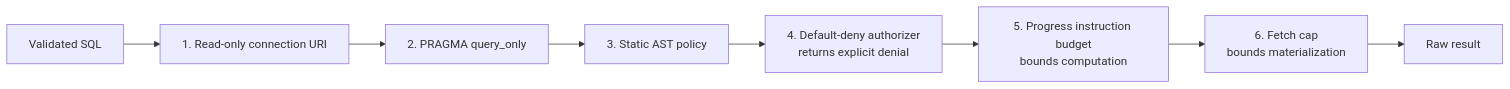
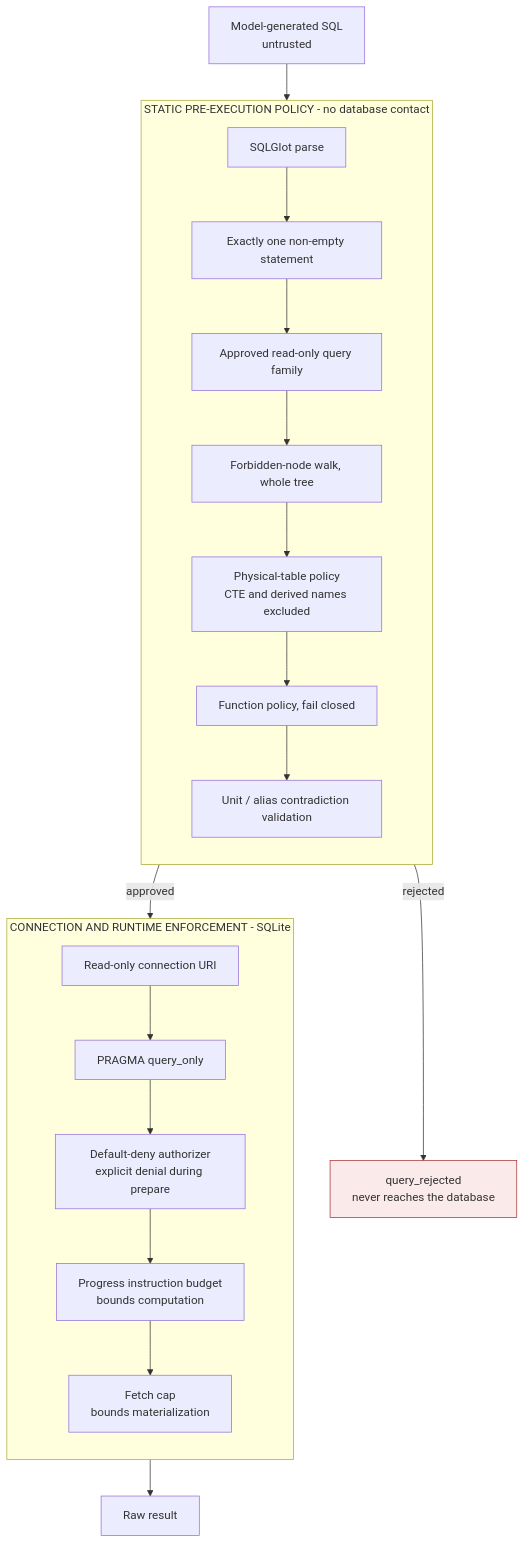
Before and after one commit to robin-raq/bse-nlq-agent: the second of 2 diagrams in docs/diagrams/request-flow.md, drawn with Mermaid. The commit also changed other lines of this file and 4 other files, not shown here.

````diff
--- a/docs/diagrams/request-flow.md
+++ b/docs/diagrams/request-flow.md
@@ -93,10 +93,34 @@
 ```mermaid
-flowchart LR
-    sql["Validated SQL"] --> L1["1. Read-only connection URI"]
-    L1 --> L2["2. PRAGMA query_only"]
-    L2 --> L3["3. Static AST policy"]
-    L3 --> L4["4. Default-deny authorizer<br/>returns explicit denial"]
-    L4 --> L5["5. Progress instruction budget<br/>bounds computation"]
-    L5 --> L6["6. Fetch cap<br/>bounds materialization"]
-    L6 --> out["Raw result"]
+flowchart TD
+    sql["Model-generated SQL<br/>untrusted"]
+
+    subgraph static["STATIC PRE-EXECUTION POLICY - no database contact"]
+        direction TB
+        p1["SQLGlot parse"]
+        p2["Exactly one non-empty statement"]
+        p3["Approved read-only query family"]
+        p4["Forbidden-node walk, whole tree"]
+        p5["Physical-table policy<br/>CTE and derived names excluded"]
+        p6["Function policy, fail closed"]
+        p7["Unit / alias contradiction validation"]
+        p1 --> p2 --> p3 --> p4 --> p5 --> p6 --> p7
+    end
+
+    subgraph runtime["CONNECTION AND RUNTIME ENFORCEMENT - SQLite"]
+        direction TB
+        r1["Read-only connection URI"]
+        r2["PRAGMA query_only"]
+        r3["Default-deny authorizer<br/>explicit denial during prepare"]
+        r4["Progress instruction budget<br/>bounds computation"]
+        r5["Fetch cap<br/>bounds materialization"]
+        r1 --> r2 --> r3 --> r4 --> r5
+    end
+
+    sql --> static
+    static -->|"rejected"| rej["query_rejected<br/>never reaches the database"]
+    static -->|"approved"| runtime
+    runtime --> out["Raw result"]
+
+    classDef bad fill:#fbeaea,stroke:#a33
+    class rej bad
 ```
````
